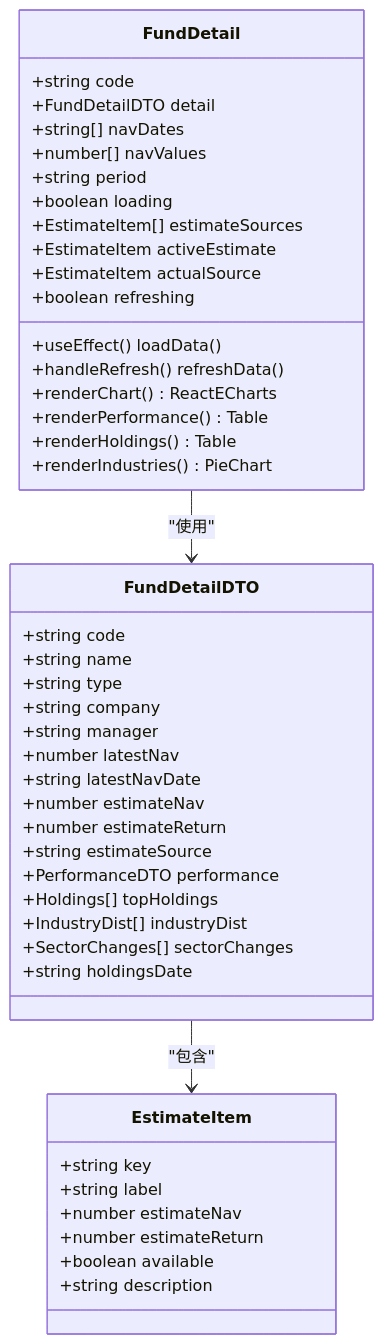
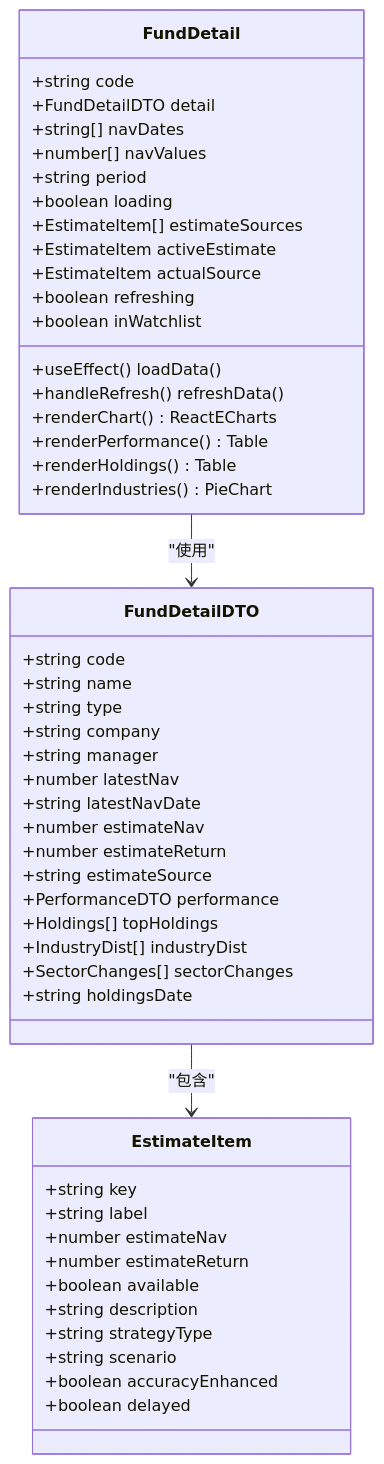
Before and after one commit to gree-coder/fund-butler: the sixth of 12 diagrams in .qoder/repowiki/zh/content/Fund Detail Enhancement.md, drawn with Mermaid. The commit also changed other lines of this file and 21 other files, not shown here.

````diff
--- a/.qoder/repowiki/zh/content/Fund Detail Enhancement.md
+++ b/.qoder/repowiki/zh/content/Fund Detail Enhancement.md
@@ -305,48 +315,53 @@
 ```mermaid
 classDiagram
 class FundDetail {
 +string code
 +FundDetailDTO detail
 +string[] navDates
 +number[] navValues
 +string period
 +boolean loading
 +EstimateItem[] estimateSources
 +EstimateItem activeEstimate
 +EstimateItem actualSource
 +boolean refreshing
++boolean inWatchlist
 +useEffect() loadData()
 +handleRefresh() refreshData()
 +renderChart() ReactECharts
 +renderPerformance() Table
 +renderHoldings() Table
 +renderIndustries() PieChart
 }
 class FundDetailDTO {
 +string code
 +string name
 +string type
 +string company
 +string manager
 +number latestNav
 +string latestNavDate
 +number estimateNav
 +number estimateReturn
 +string estimateSource
 +PerformanceDTO performance
 +Holdings[] topHoldings
 +IndustryDist[] industryDist
 +SectorChanges[] sectorChanges
 +string holdingsDate
 }
 class EstimateItem {
 +string key
 +string label
 +number estimateNav
 +number estimateReturn
 +boolean available
 +string description
++string strategyType
++string scenario
++boolean accuracyEnhanced
++boolean delayed
 }
 FundDetail --> FundDetailDTO : "使用"
 FundDetailDTO --> EstimateItem : "包含"
 ```
````
